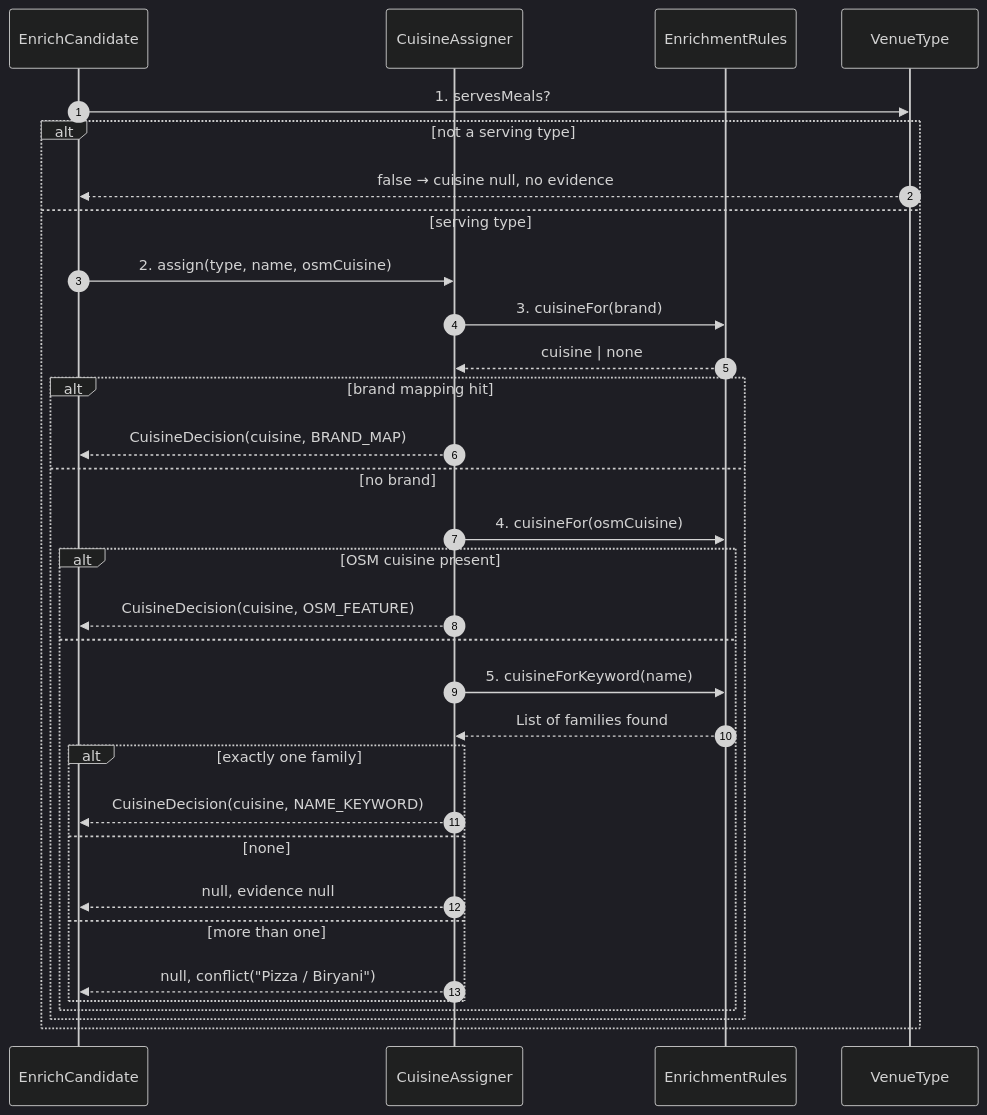
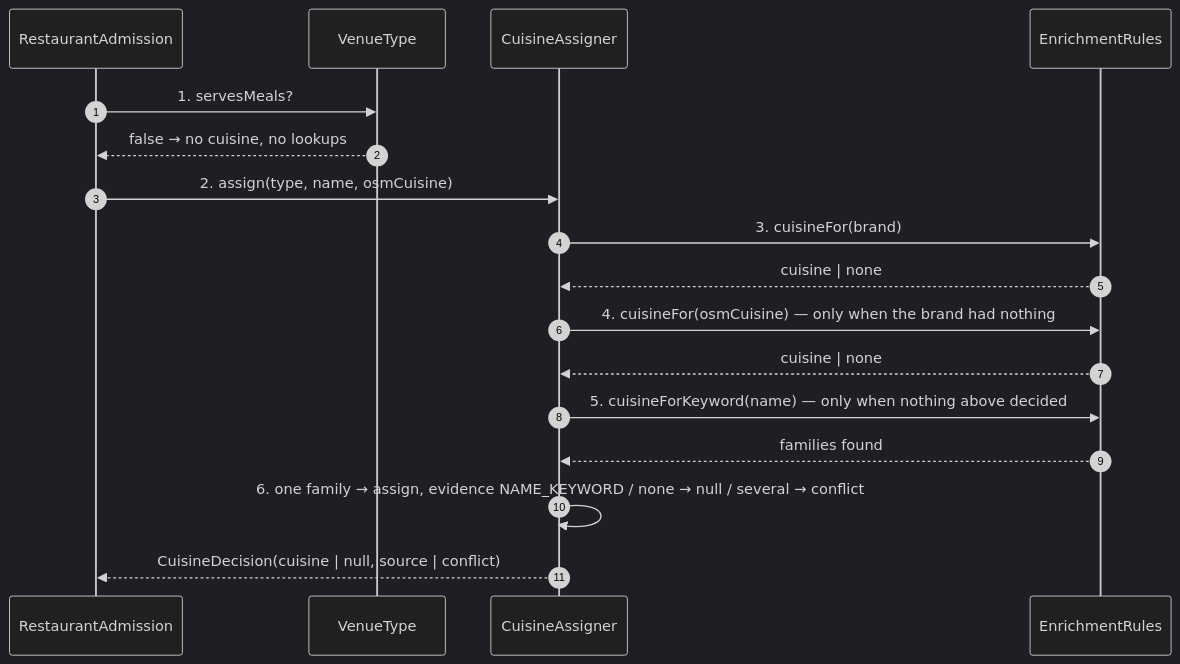
One commit to Losers-Lab/tahirs-list changed the first of 7 diagrams in docs/features/SC-231/06-whitebox/UC-02-assign-cuisine.md. Above: the diagram before and after it, drawn with Mermaid (dark theme). The commit also changed other lines of this file and 2 other files, not shown here.

Commit message:
[SC-231] Flatten nested sequence fragments

````diff
--- a/docs/features/SC-231/06-whitebox/UC-02-assign-cuisine.md
+++ b/docs/features/SC-231/06-whitebox/UC-02-assign-cuisine.md
@@ -6,34 +6,19 @@
 ```mermaid
 sequenceDiagram
   autonumber
-  participant EN as EnrichCandidate
+  participant EN as RestaurantAdmission
+  participant VT as VenueType
   participant CA as CuisineAssigner
   participant R as EnrichmentRules
-  participant VT as VenueType
   EN->>VT: 1. servesMeals?
-  alt not a serving type
-    VT-->>EN: false → cuisine null, no evidence
-  else serving type
-    EN->>CA: 2. assign(type, name, osmCuisine)
-    CA->>R: 3. cuisineFor(brand)
-    R-->>CA: cuisine | none
-    alt brand mapping hit
-      CA-->>EN: CuisineDecision(cuisine, BRAND_MAP)
-    else no brand
-      CA->>R: 4. cuisineFor(osmCuisine)
-      alt OSM cuisine present
-        CA-->>EN: CuisineDecision(cuisine, OSM_FEATURE)
-      else
-        CA->>R: 5. cuisineForKeyword(name)
-        R-->>CA: List of families found
-        alt exactly one family
-          CA-->>EN: CuisineDecision(cuisine, NAME_KEYWORD)
-        else none
-          CA-->>EN: null, evidence null
-        else more than one
-          CA-->>EN: null, conflict("Pizza / Biryani")
-        end
-      end
-    end
-  end
+  VT-->>EN: false → no cuisine, no lookups
+  EN->>CA: 2. assign(type, name, osmCuisine)
+  CA->>R: 3. cuisineFor(brand)
+  R-->>CA: cuisine | none
+  CA->>R: 4. cuisineFor(osmCuisine) — only when the brand had nothing
+  R-->>CA: cuisine | none
+  CA->>R: 5. cuisineForKeyword(name) — only when nothing above decided
+  R-->>CA: families found
+  CA->>CA: 6. one family → assign, evidence NAME_KEYWORD / none → null / several → conflict
+  CA-->>EN: CuisineDecision(cuisine | null, source | conflict)
 ```
````
